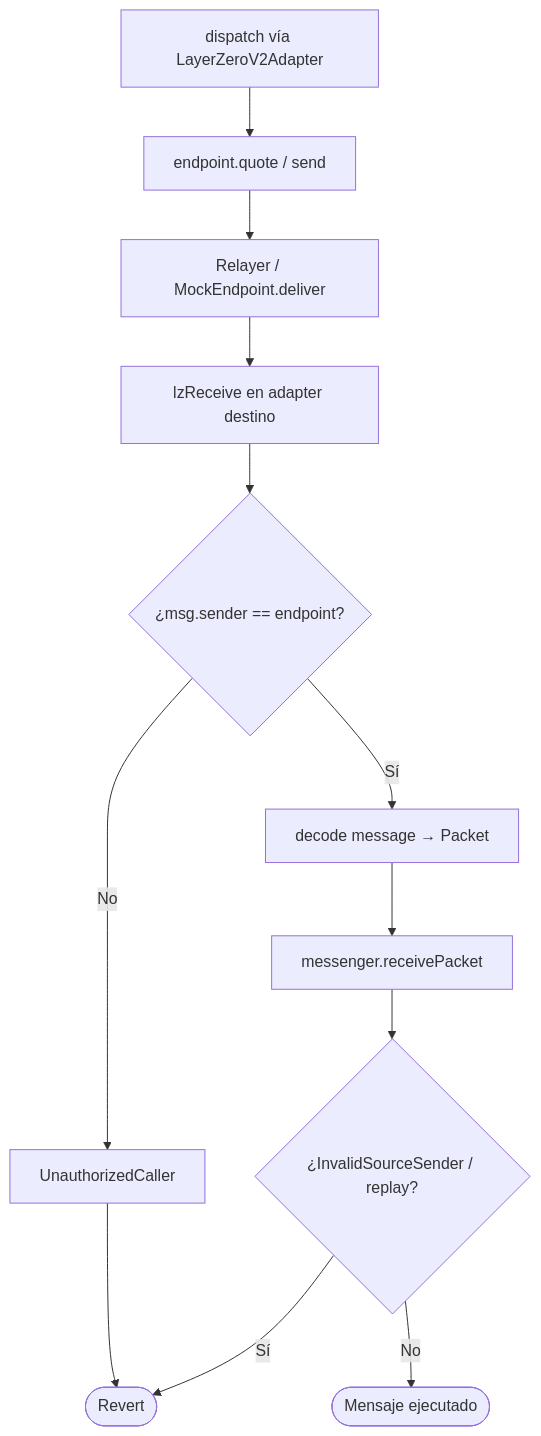
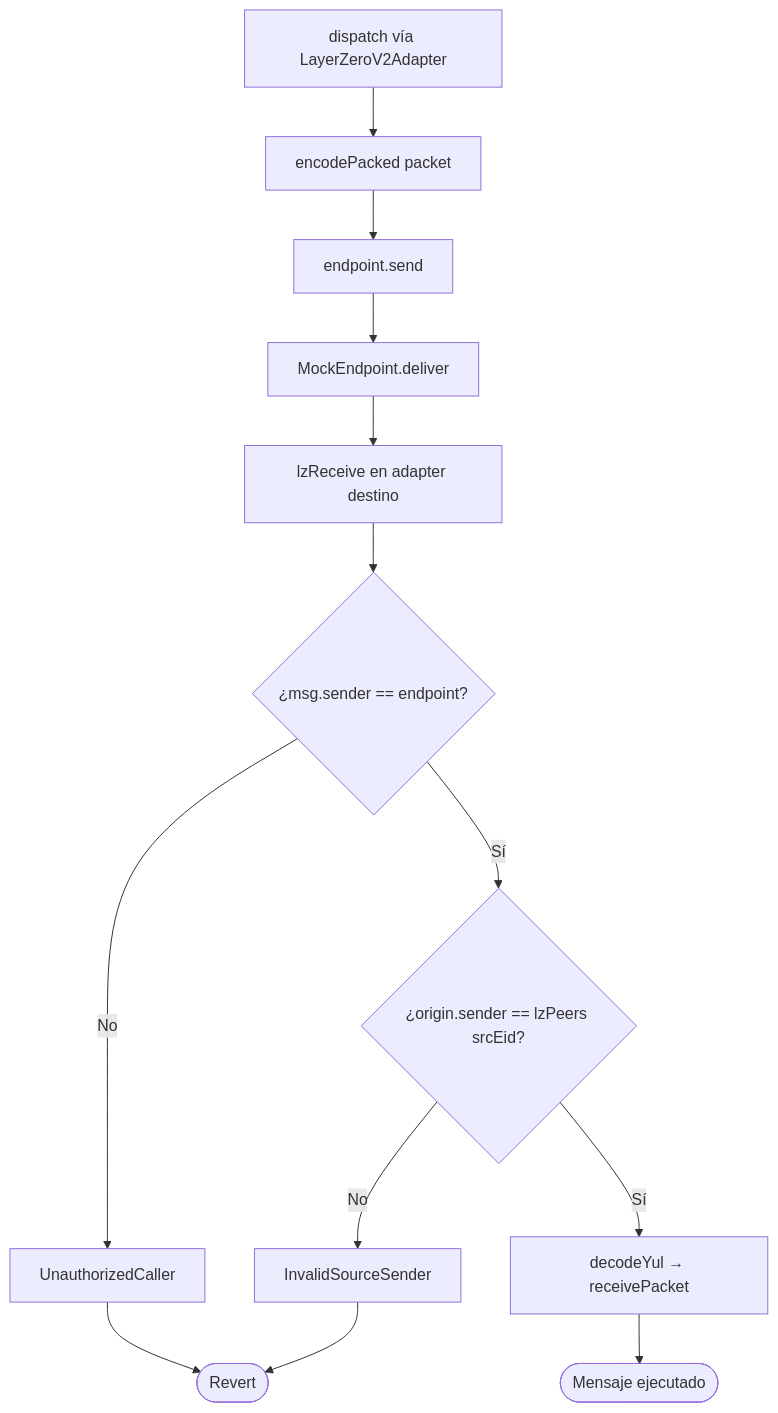
One commit to rastrahm/crosschain-messaging changed the third of 7 diagrams in doc/diagrama-de-flujo.md. Above: the diagram before and after it, drawn with Mermaid. The commit also changed other lines of this file and 7 other files, not shown here.

````diff
--- a/doc/diagrama-de-flujo.md
+++ b/doc/diagrama-de-flujo.md
@@ -60,14 +68,15 @@
 ```mermaid
 flowchart TD
-    A[dispatch vía LayerZeroV2Adapter] --> B[endpoint.quote / send]
-    B --> C[Relayer / MockEndpoint.deliver]
-    C --> D[lzReceive en adapter destino]
-    D --> E{¿msg.sender == endpoint?}
-    E -->|No| R[UnauthorizedCaller]
-    E -->|Sí| F[decode message → Packet]
-    F --> G[messenger.receivePacket]
-    G --> H{¿InvalidSourceSender / replay?}
-    H -->|Sí| Fail([Revert])
-    H -->|No| Ok([Mensaje ejecutado])
-    R --> Fail
+    A[dispatch vía LayerZeroV2Adapter] --> B[encodePacked packet]
+    B --> C[endpoint.send]
+    C --> D[MockEndpoint.deliver]
+    D --> E[lzReceive en adapter destino]
+    E --> F{¿msg.sender == endpoint?}
+    F -->|No| R[UnauthorizedCaller]
+    F -->|Sí| G{¿origin.sender == lzPeers srcEid?}
+    G -->|No| S[InvalidSourceSender]
+    G -->|Sí| H[decodeYul → receivePacket]
+    H --> Ok([Mensaje ejecutado])
+    R --> Fail([Revert])
+    S --> Fail
 ```
````
